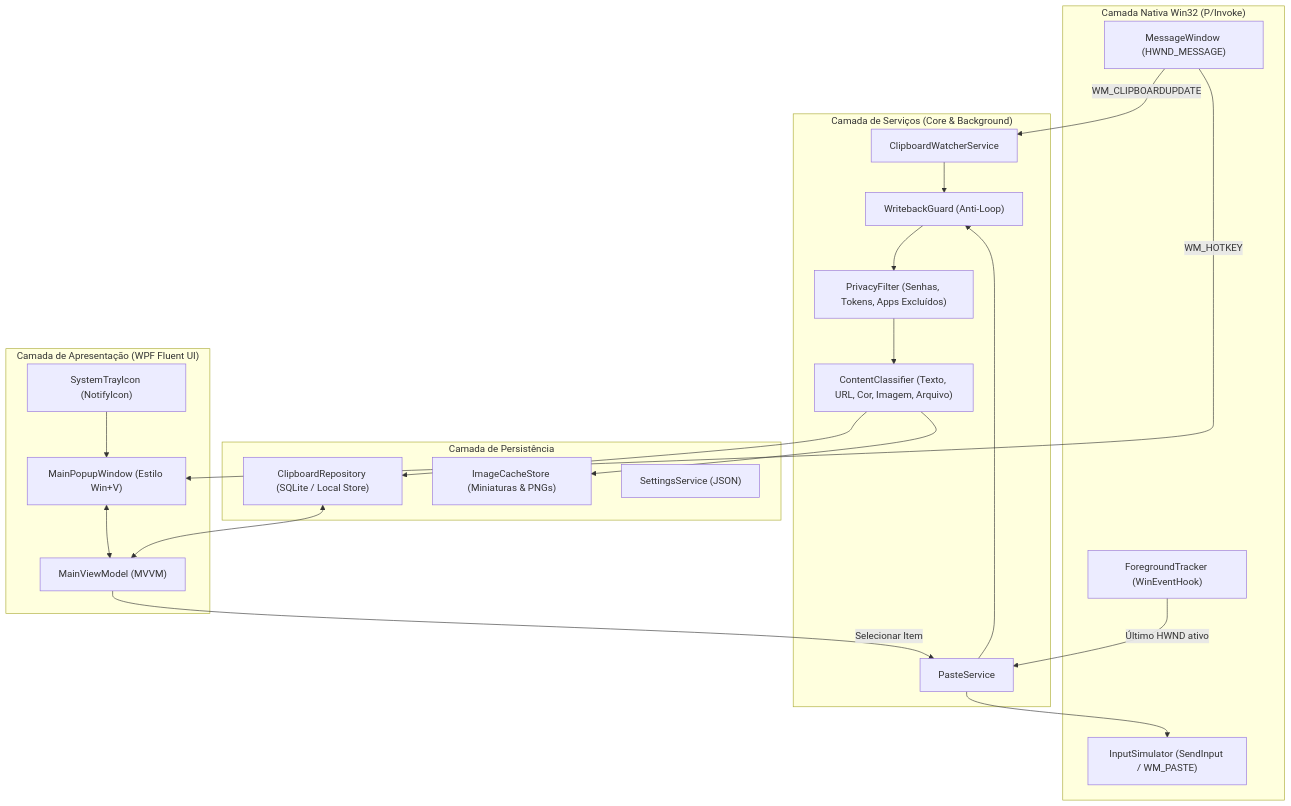
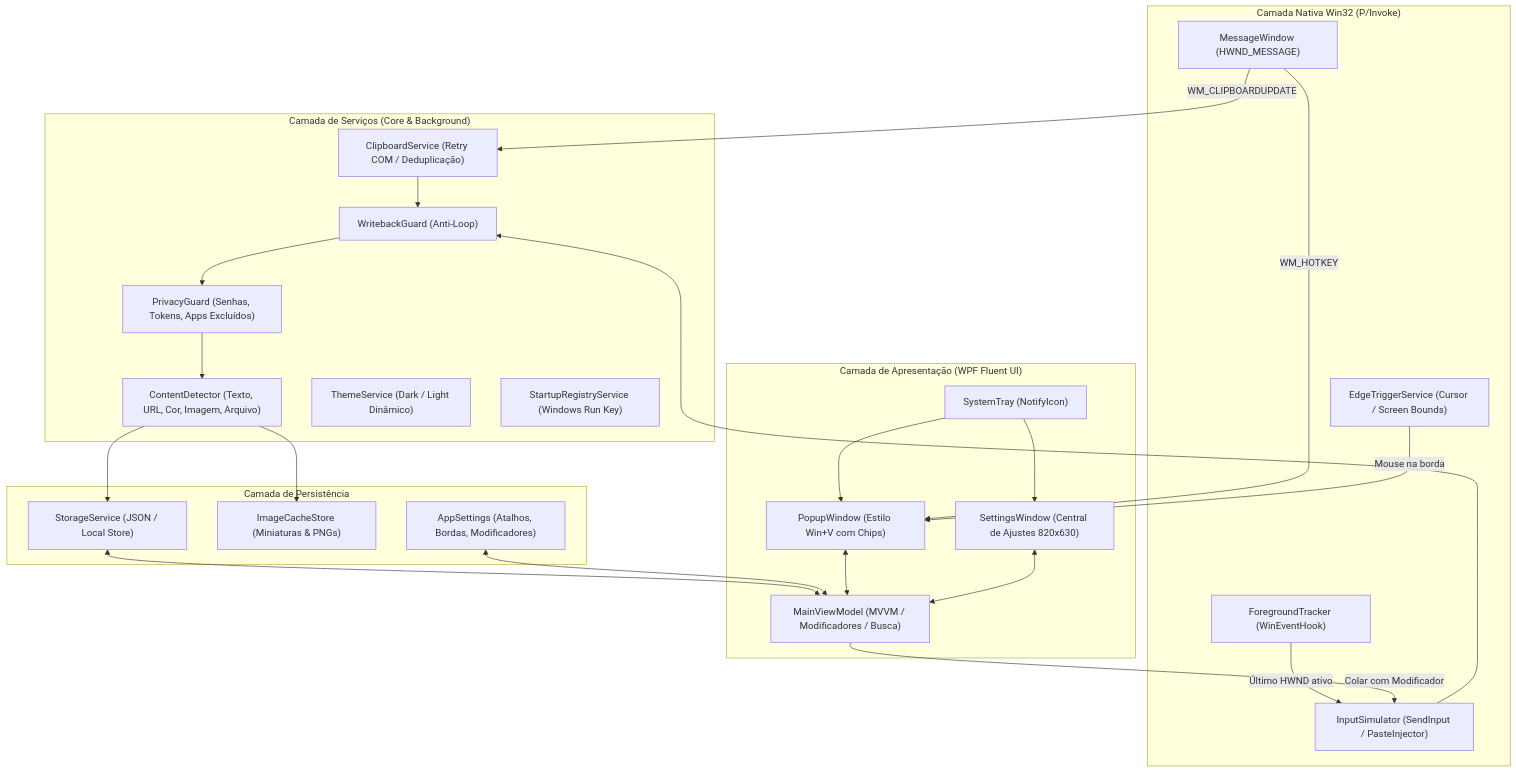
The diagram in docs/02-arquitetura-clipflow.md (AlcidesDiogenes/clipflow), drawn with Mermaid before and after one commit. The commit also changed other lines of this file and 14 other files, not shown here.

````diff
--- a/docs/02-arquitetura-clipflow.md
+++ b/docs/02-arquitetura-clipflow.md
@@ -9,45 +9,52 @@
 ```mermaid
 flowchart TD
     subgraph Win32["Camada Nativa Win32 (P/Invoke)"]
         MsgWnd["MessageWindow (HWND_MESSAGE)"]
         FgTrack["ForegroundTracker (WinEventHook)"]
-        InputSim["InputSimulator (SendInput / WM_PASTE)"]
+        InputSim["InputSimulator (SendInput / PasteInjector)"]
+        EdgeSvc["EdgeTriggerService (Cursor / Screen Bounds)"]
     end
 
     subgraph Core["Camada de Serviços (Core & Background)"]
-        ClipWatcher["ClipboardWatcherService"]
+        ClipWatcher["ClipboardService (Retry COM / Deduplicação)"]
         WriteGuard["WritebackGuard (Anti-Loop)"]
-        Classifier["ContentClassifier (Texto, URL, Cor, Imagem, Arquivo)"]
-        Security["PrivacyFilter (Senhas, Tokens, Apps Excluídos)"]
-        PasteSvc["PasteService"]
+        Classifier["ContentDetector (Texto, URL, Cor, Imagem, Arquivo)"]
+        Security["PrivacyGuard (Senhas, Tokens, Apps Excluídos)"]
+        ThemeSvc["ThemeService (Dark / Light Dinâmico)"]
+        StartupSvc["StartupRegistryService (Windows Run Key)"]
     end
 
     subgraph Data["Camada de Persistência"]
-        Repo["ClipboardRepository (SQLite / Local Store)"]
+        Storage["StorageService (JSON / Local Store)"]
         ImgStore["ImageCacheStore (Miniaturas & PNGs)"]
-        Settings["SettingsService (JSON)"]
+        Settings["AppSettings (Atalhos, Bordas, Modificadores)"]
     end
 
     subgraph UI["Camada de Apresentação (WPF Fluent UI)"]
-        Popup["MainPopupWindow (Estilo Win+V)"]
-        Tray["SystemTrayIcon (NotifyIcon)"]
-        VM["MainViewModel (MVVM)"]
+        Popup["PopupWindow (Estilo Win+V com Chips)"]
+        SettingsWnd["SettingsWindow (Central de Ajustes 820x630)"]
+        Tray["SystemTray (NotifyIcon)"]
+        VM["MainViewModel (MVVM / Modificadores / Busca)"]
     end
 
     MsgWnd -->|WM_CLIPBOARDUPDATE| ClipWatcher
     MsgWnd -->|WM_HOTKEY| Popup
-    FgTrack -->|Último HWND ativo| PasteSvc
+    FgTrack -->|Último HWND ativo| InputSim
+    EdgeSvc -->|Mouse na borda| Popup
 
     ClipWatcher --> WriteGuard
     WriteGuard --> Security
     Security --> Classifier
-    Classifier --> Repo
+    Classifier --> Storage
     Classifier --> ImgStore
 
-    Repo <--> VM
+    Storage <--> VM
+    Settings <--> VM
     Popup <--> VM
+    SettingsWnd <--> VM
     Tray --> Popup
-    VM -->|Selecionar Item| PasteSvc
-    PasteSvc --> WriteGuard
-    PasteSvc --> InputSim
+    Tray --> SettingsWnd
+
+    VM -->|Colar com Modificador| InputSim
+    InputSim --> WriteGuard
 ```
````
